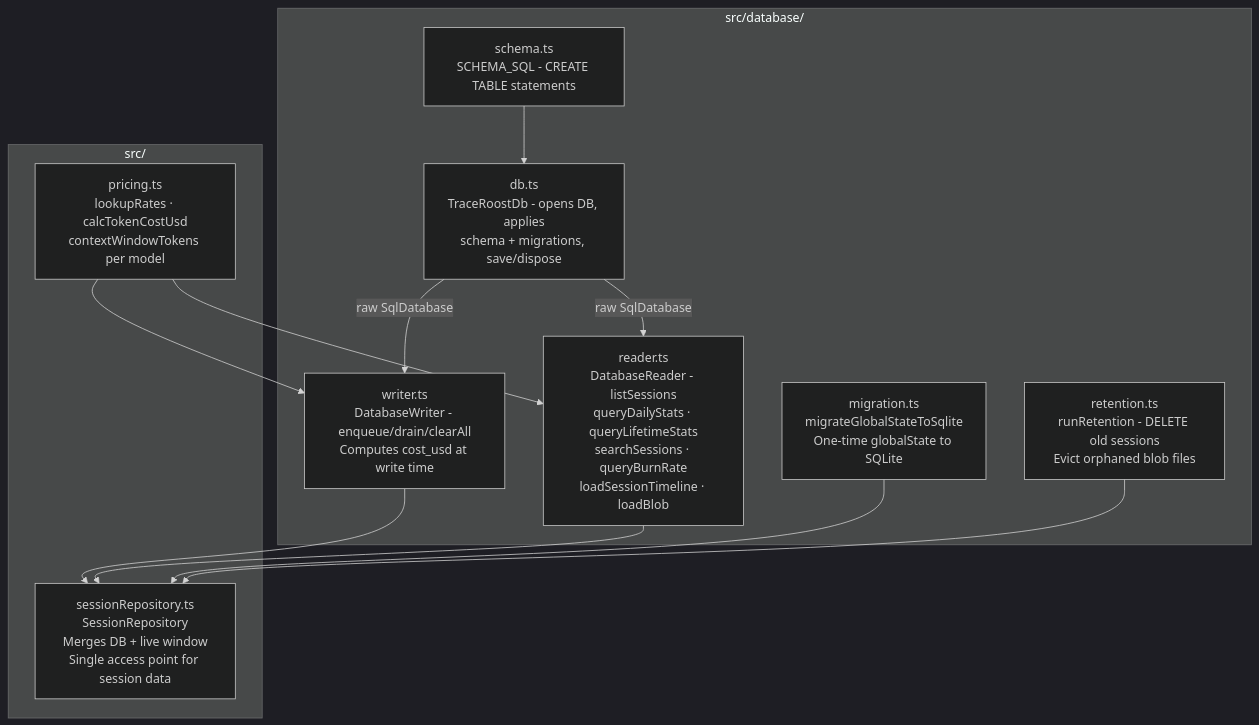
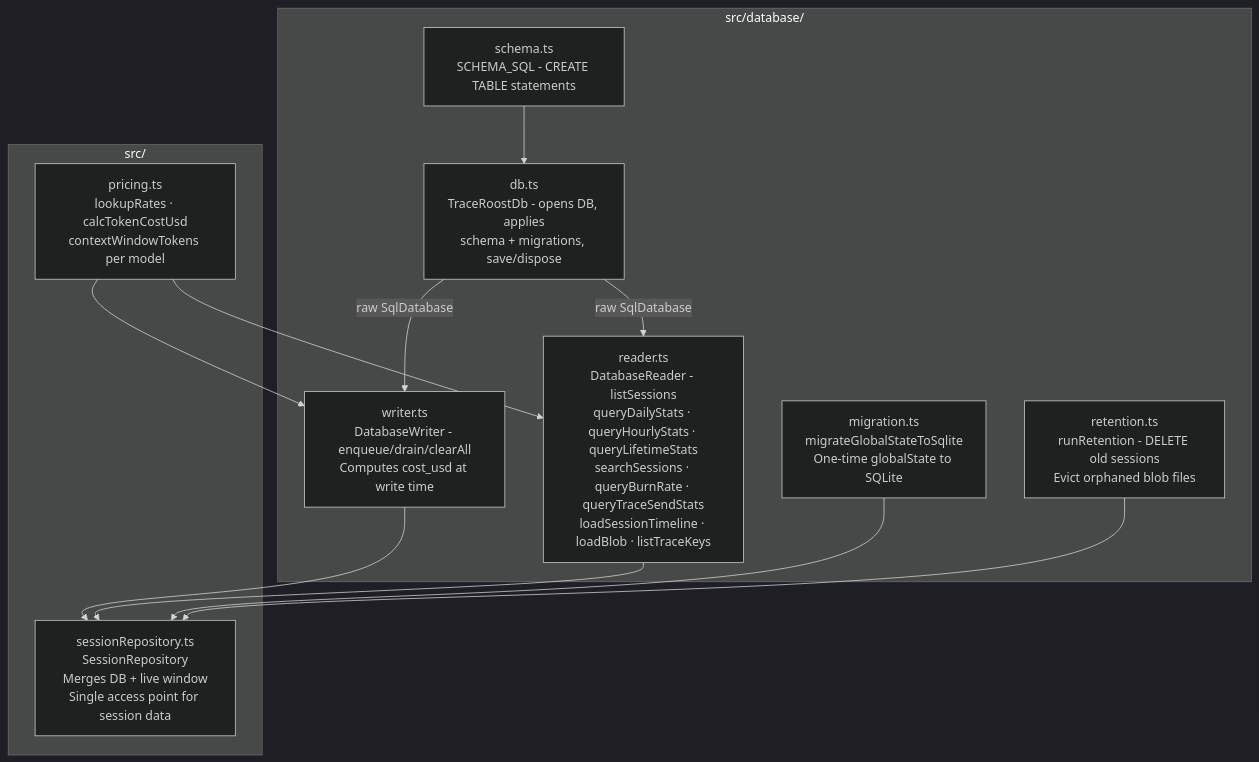
Before and after one commit to traceroost/core: the ninth of 20 diagrams in ARCHITECTURE.md, drawn with Mermaid (dark theme). The commit also changed other lines of this file and 2 other files, not shown here.

````diff
--- a/ARCHITECTURE.md
+++ b/ARCHITECTURE.md
@@ -573,26 +575,26 @@
 ```mermaid
 graph TD
     subgraph srcdb["src/database/"]
         SCH[schema.ts<br/>SCHEMA_SQL - CREATE TABLE statements]
         DBT[db.ts<br/>TraceRoostDb - opens DB, applies<br/>schema + migrations, save/dispose]
         WRI[writer.ts<br/>DatabaseWriter - enqueue/drain/clearAll<br/>Computes cost_usd at write time]
-        REA[reader.ts<br/>DatabaseReader - listSessions<br/>queryDailyStats · queryLifetimeStats<br/>searchSessions · queryBurnRate<br/>loadSessionTimeline · loadBlob]
+        REA[reader.ts<br/>DatabaseReader - listSessions<br/>queryDailyStats · queryHourlyStats · queryLifetimeStats<br/>searchSessions · queryBurnRate · queryTraceSendStats<br/>loadSessionTimeline · loadBlob · listTraceKeys]
         MIG[migration.ts<br/>migrateGlobalStateToSqlite<br/>One-time globalState to SQLite]
         RET[retention.ts<br/>runRetention - DELETE old sessions<br/>Evict orphaned blob files]
     end
 
     subgraph srcroot["src/"]
         PRI[pricing.ts<br/>lookupRates · calcTokenCostUsd<br/>contextWindowTokens per model]
         REPO[sessionRepository.ts<br/>SessionRepository<br/>Merges DB + live window<br/>Single access point for session data]
     end
 
     DBT -- raw SqlDatabase --> WRI
     DBT -- raw SqlDatabase --> REA
     PRI --> WRI
     PRI --> REA
     WRI --> REPO
     REA --> REPO
     SCH --> DBT
     MIG --> REPO
     RET --> REPO
 ```
````
